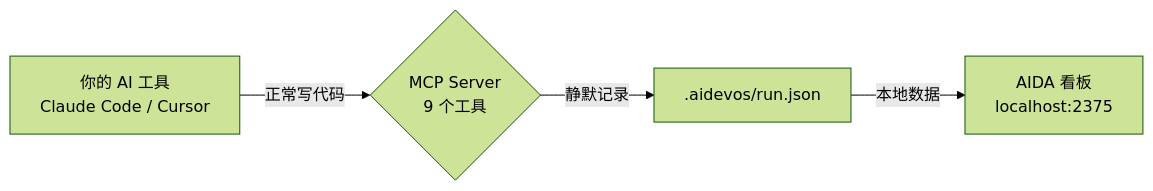
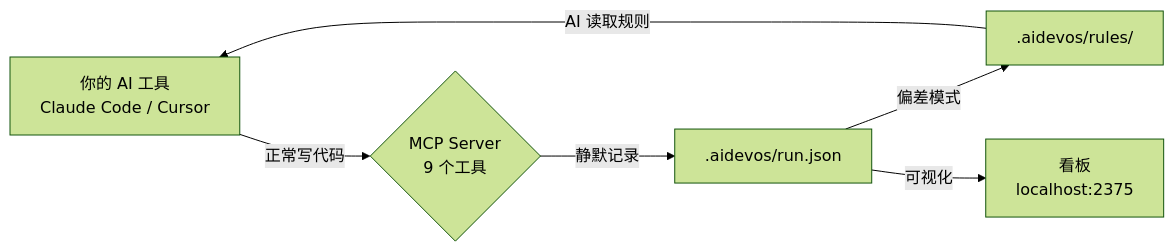
The diagram in README.zh-CN.md (LWTlong/aida), drawn with Mermaid (forest theme) before and after one commit. The commit also changed other lines of this file and 1 other file, not shown here.

````diff
--- a/README.zh-CN.md
+++ b/README.zh-CN.md
@@ -193,6 +232,8 @@
 ```mermaid
 flowchart LR
     A["你的 AI 工具\nClaude Code / Cursor"] -->|正常写代码| B{"MCP Server\n9 个工具"}
     B -->|静默记录| C[".aidevos/run.json"]
-    C -->|本地数据| D["AIDA 看板\nlocalhost:2375"]
+    C -->|偏差模式| D[".aidevos/rules/"]
+    C -->|可视化| E["看板\nlocalhost:2375"]
+    D -->|AI 读取规则| A
 ```
````
